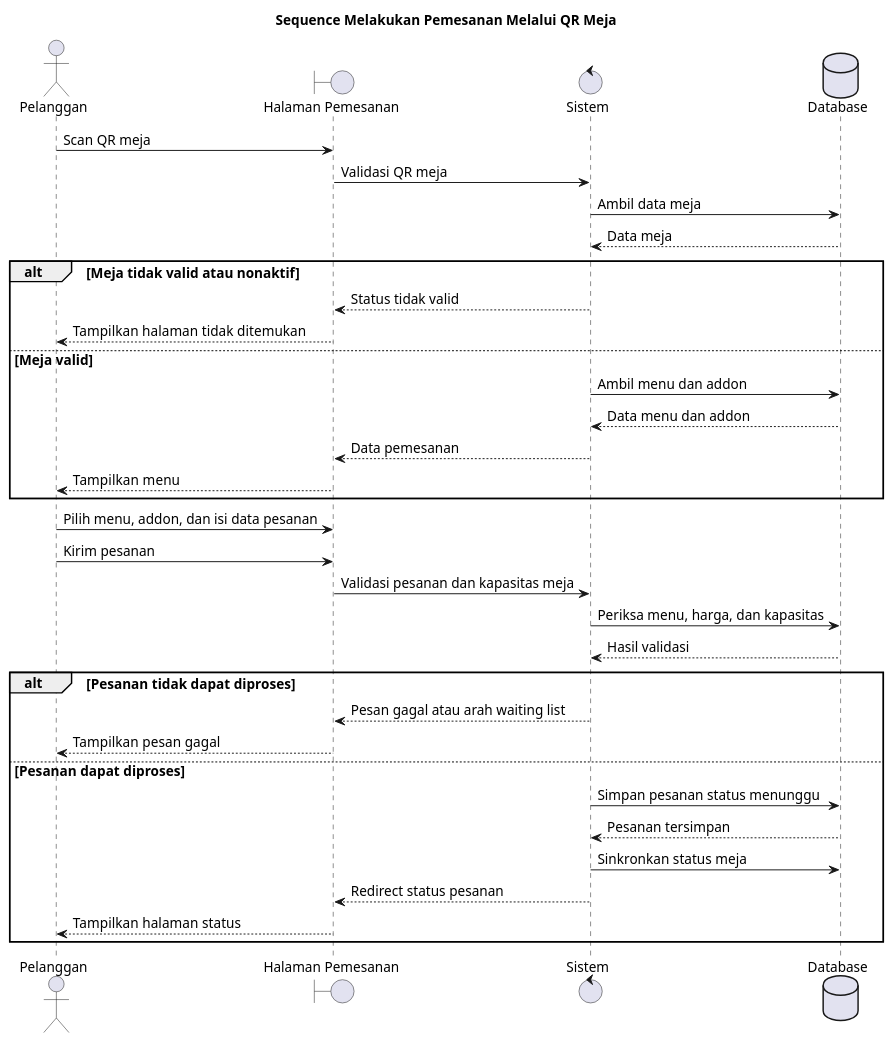
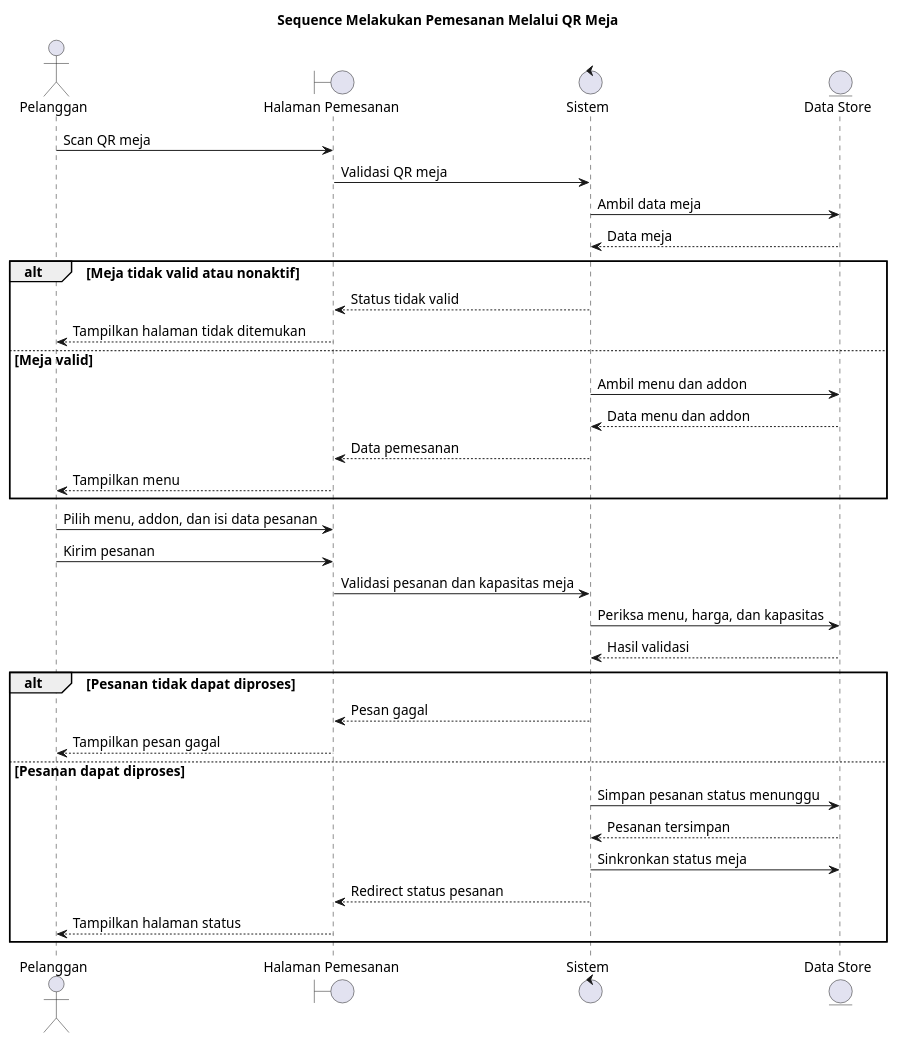
Before and after one commit to Samaelzco/warung_baleganjur: the first of 15 diagrams in docs/sequence-diagrams-plantuml.md, drawn with PlantUML. The commit also changed other lines of this file and 35 other files, not shown here.

````diff
--- a/docs/sequence-diagrams-plantuml.md
+++ b/docs/sequence-diagrams-plantuml.md
@@ -12,46 +12,46 @@
 ```plantuml
 @startuml
 title Sequence Melakukan Pemesanan Melalui QR Meja
 
 skinparam defaultFontName Arial
 skinparam defaultFontSize 14
 
 actor Pelanggan
 boundary "Halaman Pemesanan" as Page
 control "Sistem" as System
-database "Database" as DB
+entity "Data Store" as DB
 
 Pelanggan -> Page: Scan QR meja
 Page -> System: Validasi QR meja
 System -> DB: Ambil data meja
 DB --> System: Data meja
 
 alt Meja tidak valid atau nonaktif
     System --> Page: Status tidak valid
     Page --> Pelanggan: Tampilkan halaman tidak ditemukan
 else Meja valid
     System -> DB: Ambil menu dan addon
     DB --> System: Data menu dan addon
     System --> Page: Data pemesanan
     Page --> Pelanggan: Tampilkan menu
 end
 
 Pelanggan -> Page: Pilih menu, addon, dan isi data pesanan
 Pelanggan -> Page: Kirim pesanan
 Page -> System: Validasi pesanan dan kapasitas meja
 System -> DB: Periksa menu, harga, dan kapasitas
 DB --> System: Hasil validasi
 
 alt Pesanan tidak dapat diproses
-    System --> Page: Pesan gagal atau arah waiting list
+    System --> Page: Pesan gagal
     Page --> Pelanggan: Tampilkan pesan gagal
 else Pesanan dapat diproses
     System -> DB: Simpan pesanan status menunggu
     DB --> System: Pesanan tersimpan
     System -> DB: Sinkronkan status meja
     System --> Page: Redirect status pesanan
     Page --> Pelanggan: Tampilkan halaman status
 end
 
 @enduml
 ```
````
